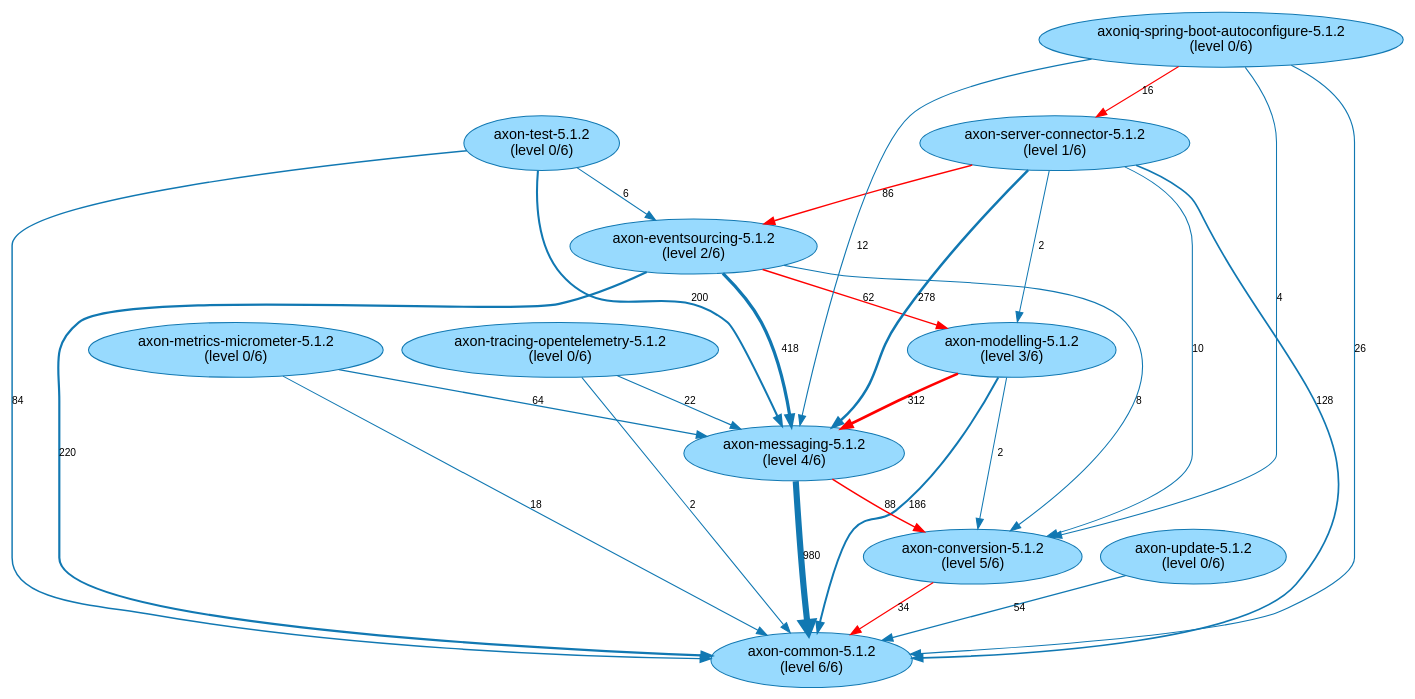
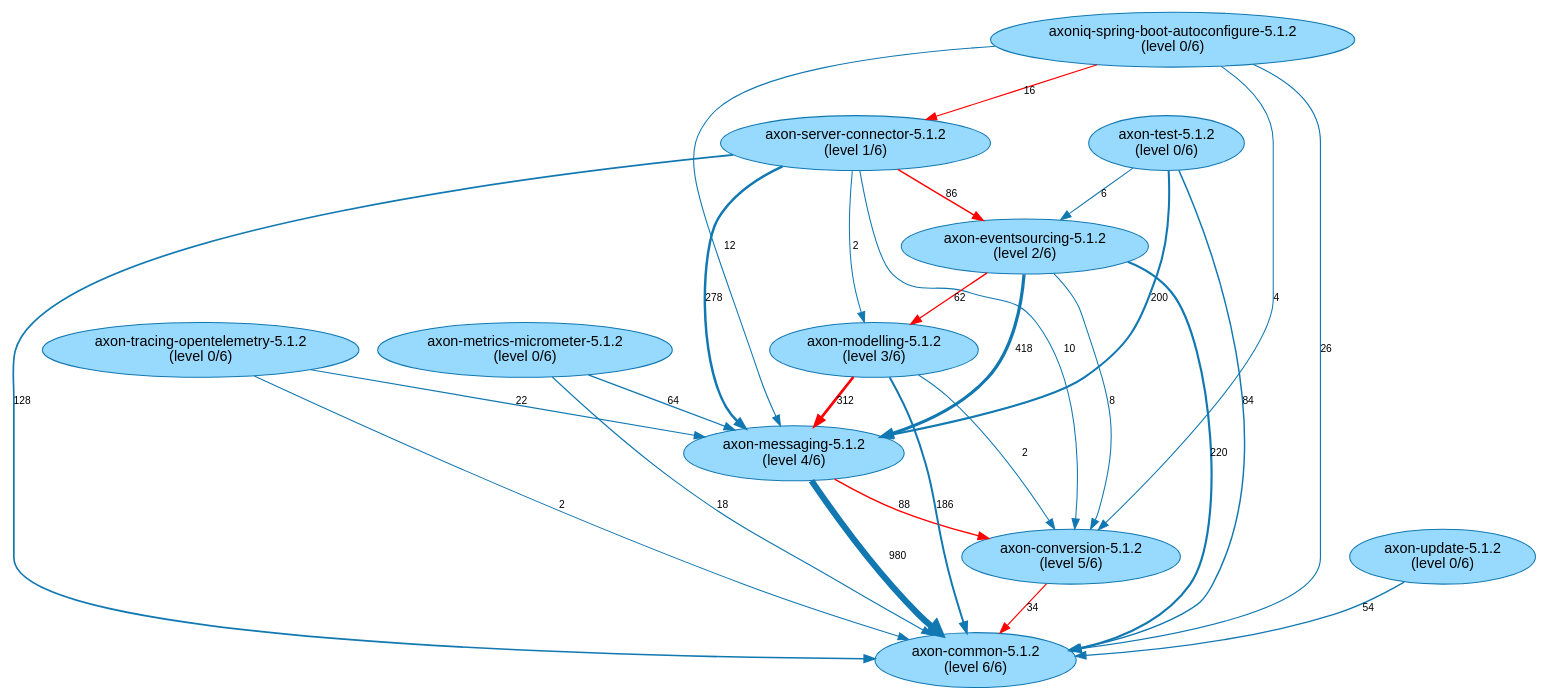
One commit to JohT/code-graph-analysis-examples changed the diagram in analysis-results/AxonFramework/latest/internal-dependencies/Java_Artifact/Graph_Visualizations/JavaArtifactLongestPaths.gv. Above: the diagram before and after it, drawn with Graphviz. The commit also changed other lines of this file and 987 other files, not shown here.

```diff
--- a/analysis-results/AxonFramework/latest/internal-dependencies/Java_Artifact/Graph_Visualizations/JavaArtifactLongestPaths.gv
+++ b/analysis-results/AxonFramework/latest/internal-dependencies/Java_Artifact/Graph_Visualizations/JavaArtifactLongestPaths.gv
@@ -1,37 +1,37 @@
 // This GraphViz dot file was generated by the script convertQueryResultCsvToGraphVizDotFile.sh with default.template
 
 strict digraph JavaArtifactLongestPaths {
     fontname = "Helvetica,Arial,sans-serif";
     node [fontname = "Helvetica,Arial,sans-serif";];
     edge [fontname = "Helvetica,Arial,sans-serif"; fontsize = 10;];
     node [style = filled; fillcolor = "0.560 0.400 0.999";];
     node [color = "0.560 0.900 0.700";];
     edge [color = "0.560 0.900 0.700";];
-	"axon-modelling-5.1.2\n(level 3/6)" -> "axon-common-5.1.2\n(level 6/6)" [label=186; penwidth=1.94; ];
-	"axon-modelling-5.1.2\n(level 3/6)" -> "axon-messaging-5.1.2\n(level 4/6)" [label=312; penwidth=2.58; color="red"; ];
-	"axon-modelling-5.1.2\n(level 3/6)" -> "axon-conversion-5.1.2\n(level 5/6)" [label=2; penwidth=1.0; ];
+	"axon-metrics-micrometer-5.1.2\n(level 0/6)" -> "axon-messaging-5.1.2\n(level 4/6)" [label=64; penwidth=1.32; ];
+	"axon-metrics-micrometer-5.1.2\n(level 0/6)" -> "axon-common-5.1.2\n(level 6/6)" [label=18; penwidth=1.08; ];
+	"axon-server-connector-5.1.2\n(level 1/6)" -> "axon-messaging-5.1.2\n(level 4/6)" [label=278; penwidth=2.41; ];
+	"axon-server-connector-5.1.2\n(level 1/6)" -> "axon-modelling-5.1.2\n(level 3/6)" [label=2; penwidth=1.0; ];
+	"axon-server-connector-5.1.2\n(level 1/6)" -> "axon-common-5.1.2\n(level 6/6)" [label=128; penwidth=1.64; ];
+	"axon-server-connector-5.1.2\n(level 1/6)" -> "axon-eventsourcing-5.1.2\n(level 2/6)" [label=86; penwidth=1.43; color="red"; ];
+	"axon-server-connector-5.1.2\n(level 1/6)" -> "axon-conversion-5.1.2\n(level 5/6)" [label=10; penwidth=1.04; ];
+	"axon-conversion-5.1.2\n(level 5/6)" -> "axon-common-5.1.2\n(level 6/6)" [label=34; penwidth=1.16; color="red"; ];
+	"axon-messaging-5.1.2\n(level 4/6)" -> "axon-common-5.1.2\n(level 6/6)" [label=980; penwidth=6.0; ];
+	"axon-messaging-5.1.2\n(level 4/6)" -> "axon-conversion-5.1.2\n(level 5/6)" [label=88; penwidth=1.44; color="red"; ];
 	"axon-test-5.1.2\n(level 0/6)" -> "axon-messaging-5.1.2\n(level 4/6)" [label=200; penwidth=2.01; ];
 	"axon-test-5.1.2\n(level 0/6)" -> "axon-common-5.1.2\n(level 6/6)" [label=84; penwidth=1.42; ];
 	"axon-test-5.1.2\n(level 0/6)" -> "axon-eventsourcing-5.1.2\n(level 2/6)" [label=6; penwidth=1.02; ];
-	"axon-messaging-5.1.2\n(level 4/6)" -> "axon-conversion-5.1.2\n(level 5/6)" [label=88; penwidth=1.44; color="red"; ];
-	"axon-messaging-5.1.2\n(level 4/6)" -> "axon-common-5.1.2\n(level 6/6)" [label=980; penwidth=6.0; ];
-	"axon-server-connector-5.1.2\n(level 1/6)" -> "axon-messaging-5.1.2\n(level 4/6)" [label=278; penwidth=2.41; ];
-	"axon-server-connector-5.1.2\n(level 1/6)" -> "axon-eventsourcing-5.1.2\n(level 2/6)" [label=86; penwidth=1.43; color="red"; ];
-	"axon-server-connector-5.1.2\n(level 1/6)" -> "axon-common-5.1.2\n(level 6/6)" [label=128; penwidth=1.64; ];
-	"axon-server-connector-5.1.2\n(level 1/6)" -> "axon-modelling-5.1.2\n(level 3/6)" [label=2; penwidth=1.0; ];
-	"axon-server-connector-5.1.2\n(level 1/6)" -> "axon-conversion-5.1.2\n(level 5/6)" [label=10; penwidth=1.04; ];
-	"axon-metrics-micrometer-5.1.2\n(level 0/6)" -> "axon-messaging-5.1.2\n(level 4/6)" [label=64; penwidth=1.32; ];
-	"axon-metrics-micrometer-5.1.2\n(level 0/6)" -> "axon-common-5.1.2\n(level 6/6)" [label=18; penwidth=1.08; ];
-	"axon-update-5.1.2\n(level 0/6)" -> "axon-common-5.1.2\n(level 6/6)" [label=54; penwidth=1.27; ];
 	"axon-tracing-opentelemetry-5.1.2\n(level 0/6)" -> "axon-messaging-5.1.2\n(level 4/6)" [label=22; penwidth=1.1; ];
 	"axon-tracing-opentelemetry-5.1.2\n(level 0/6)" -> "axon-common-5.1.2\n(level 6/6)" [label=2; penwidth=1.0; ];
+	"axoniq-spring-boot-autoconfigure-5.1.2\n(level 0/6)" -> "axon-common-5.1.2\n(level 6/6)" [label=26; penwidth=1.12; ];
+	"axoniq-spring-boot-autoconfigure-5.1.2\n(level 0/6)" -> "axon-messaging-5.1.2\n(level 4/6)" [label=12; penwidth=1.05; ];
+	"axoniq-spring-boot-autoconfigure-5.1.2\n(level 0/6)" -> "axon-conversion-5.1.2\n(level 5/6)" [label=4; penwidth=1.01; ];
+	"axoniq-spring-boot-autoconfigure-5.1.2\n(level 0/6)" -> "axon-server-connector-5.1.2\n(level 1/6)" [label=16; penwidth=1.07; color="red"; ];
+	"axon-modelling-5.1.2\n(level 3/6)" -> "axon-messaging-5.1.2\n(level 4/6)" [label=312; penwidth=2.58; color="red"; ];
+	"axon-modelling-5.1.2\n(level 3/6)" -> "axon-common-5.1.2\n(level 6/6)" [label=186; penwidth=1.94; ];
+	"axon-modelling-5.1.2\n(level 3/6)" -> "axon-conversion-5.1.2\n(level 5/6)" [label=2; penwidth=1.0; ];
+	"axon-update-5.1.2\n(level 0/6)" -> "axon-common-5.1.2\n(level 6/6)" [label=54; penwidth=1.27; ];
+	"axon-eventsourcing-5.1.2\n(level 2/6)" -> "axon-messaging-5.1.2\n(level 4/6)" [label=418; penwidth=3.13; ];
+	"axon-eventsourcing-5.1.2\n(level 2/6)" -> "axon-modelling-5.1.2\n(level 3/6)" [label=62; penwidth=1.31; color="red"; ];
 	"axon-eventsourcing-5.1.2\n(level 2/6)" -> "axon-common-5.1.2\n(level 6/6)" [label=220; penwidth=2.11; ];
-	"axon-eventsourcing-5.1.2\n(level 2/6)" -> "axon-modelling-5.1.2\n(level 3/6)" [label=62; penwidth=1.31; color="red"; ];
-	"axon-eventsourcing-5.1.2\n(level 2/6)" -> "axon-messaging-5.1.2\n(level 4/6)" [label=418; penwidth=3.13; ];
 	"axon-eventsourcing-5.1.2\n(level 2/6)" -> "axon-conversion-5.1.2\n(level 5/6)" [label=8; penwidth=1.03; ];
-	"axon-conversion-5.1.2\n(level 5/6)" -> "axon-common-5.1.2\n(level 6/6)" [label=34; penwidth=1.16; color="red"; ];
-	"axoniq-spring-boot-autoconfigure-5.1.2\n(level 0/6)" -> "axon-server-connector-5.1.2\n(level 1/6)" [label=16; penwidth=1.07; color="red"; ];
-	"axoniq-spring-boot-autoconfigure-5.1.2\n(level 0/6)" -> "axon-common-5.1.2\n(level 6/6)" [label=26; penwidth=1.12; ];
-	"axoniq-spring-boot-autoconfigure-5.1.2\n(level 0/6)" -> "axon-conversion-5.1.2\n(level 5/6)" [label=4; penwidth=1.01; ];
-	"axoniq-spring-boot-autoconfigure-5.1.2\n(level 0/6)" -> "axon-messaging-5.1.2\n(level 4/6)" [label=12; penwidth=1.05; ];
 }
```
